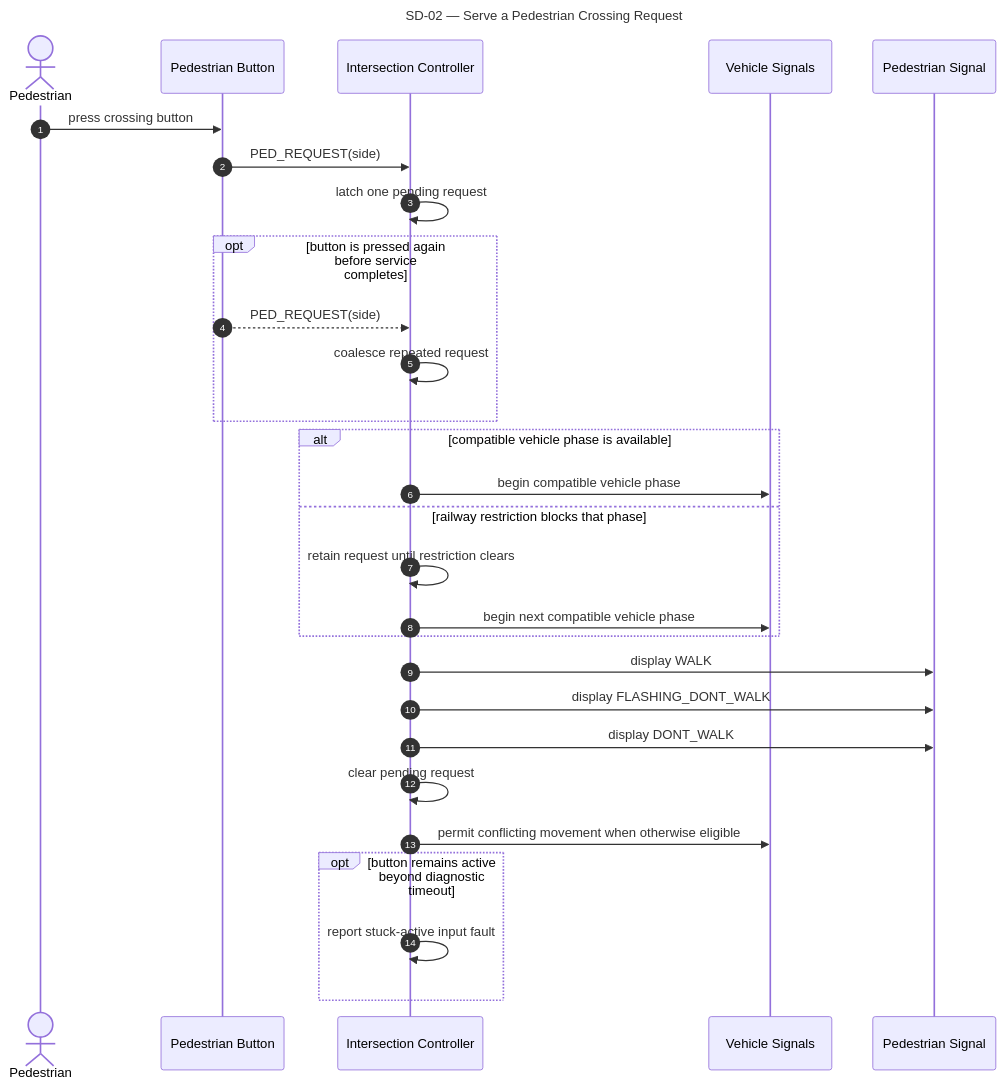
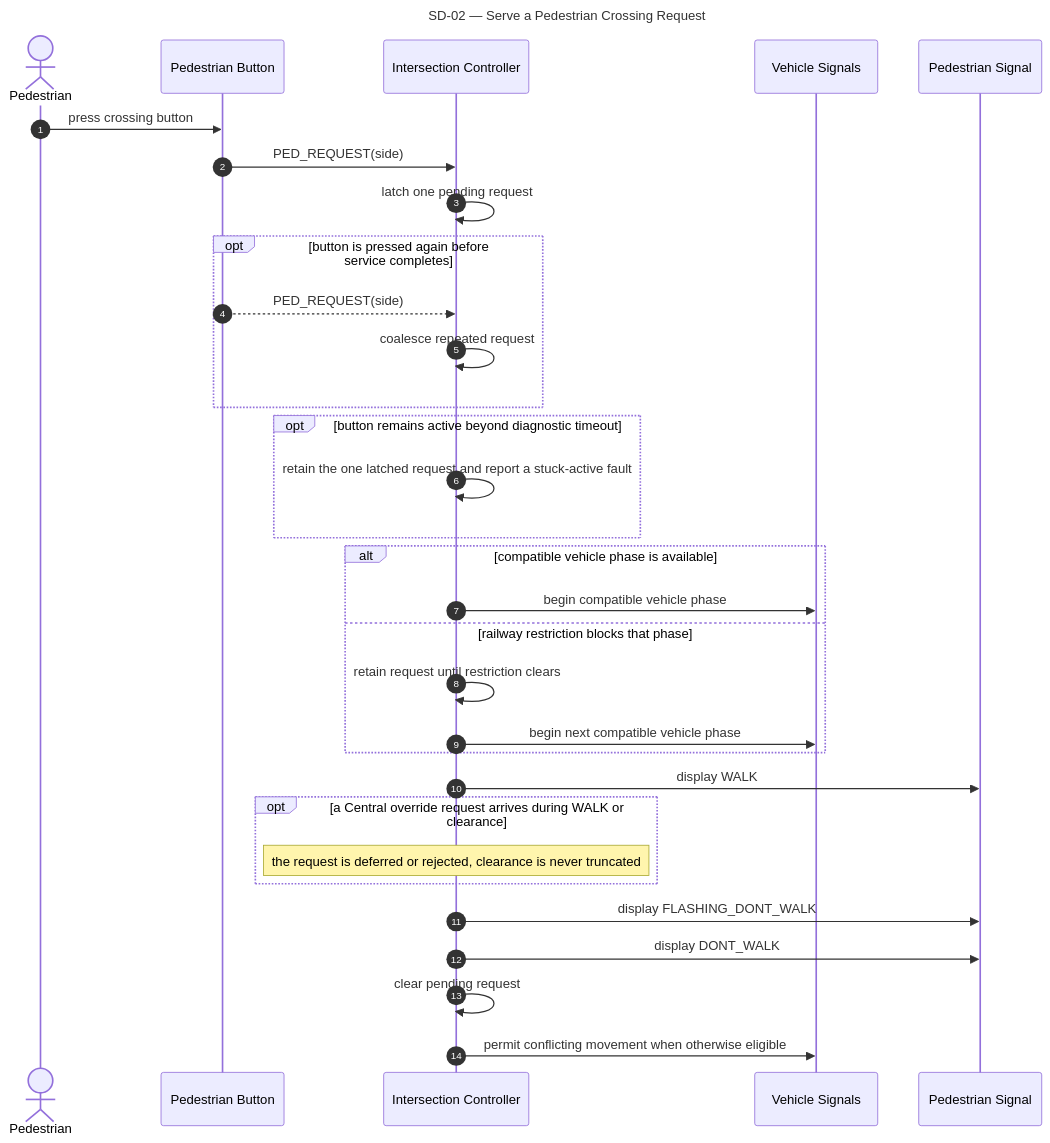
One commit to lucietran03/traffic-control-system changed the second of 8 diagrams in SEQUENCE_DIAGRAMS.md. Above: the diagram before and after it, drawn with Mermaid. The commit also changed other lines of this file and 1 other file, not shown here.

First line of the commit message:
Fix SD-07 ACK ordering, restore missing UC alt flows, add review notes

````diff
--- a/SEQUENCE_DIAGRAMS.md
+++ b/SEQUENCE_DIAGRAMS.md
@@ -60,41 +62,46 @@
 ```mermaid
 ---
 title: SD-02 — Serve a Pedestrian Crossing Request
 ---
 sequenceDiagram
     accTitle: SD-02 Serve a Pedestrian Crossing Request
     accDescr: A pedestrian request is latched, served with a compatible vehicle phase, and completed through the full pedestrian clearance sequence.
     autonumber
 
     actor P as Pedestrian
     participant B as Pedestrian Button
     participant Lx as Intersection Controller
     participant VS as Vehicle Signals
     participant PS as Pedestrian Signal
 
     P->>B: press crossing button
     B->>Lx: PED_REQUEST(side)
     Lx->>Lx: latch one pending request
 
     opt button is pressed again before service completes
         B-->>Lx: PED_REQUEST(side)
         Lx->>Lx: coalesce repeated request
     end
 
+    opt button remains active beyond diagnostic timeout
+        Lx->>Lx: retain the one latched request and report a stuck-active fault
+    end
+
     alt compatible vehicle phase is available
         Lx->>VS: begin compatible vehicle phase
     else railway restriction blocks that phase
         Lx->>Lx: retain request until restriction clears
         Lx->>VS: begin next compatible vehicle phase
     end
 
     Lx->>PS: display WALK
+
+    opt a Central override request arrives during WALK or clearance
+        Note over Lx: the request is deferred or rejected, clearance is never truncated
+    end
+
     Lx->>PS: display FLASHING_DONT_WALK
     Lx->>PS: display DONT_WALK
     Lx->>Lx: clear pending request
     Lx->>VS: permit conflicting movement when otherwise eligible
-
-    opt button remains active beyond diagnostic timeout
-        Lx->>Lx: report stuck-active input fault
-    end
 ```
````
